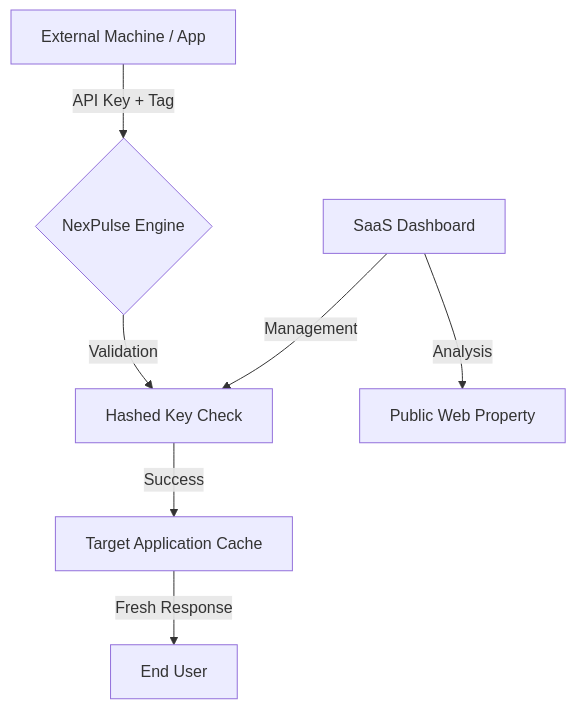
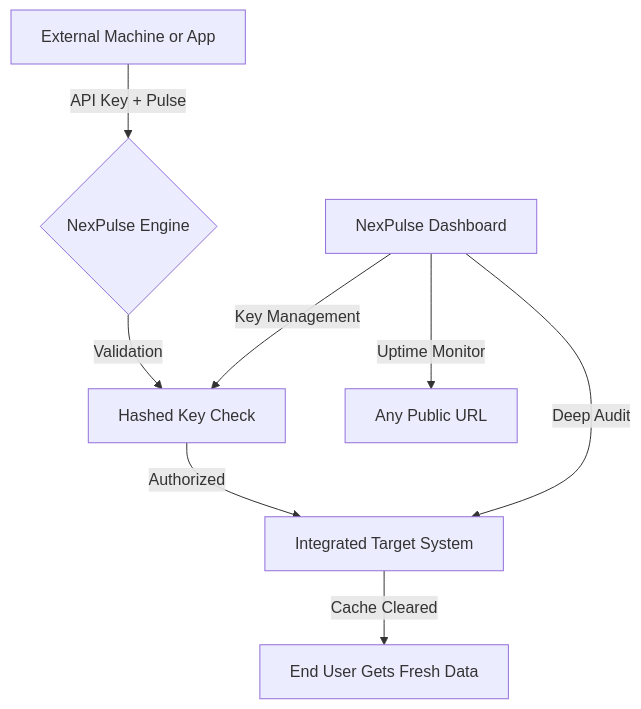
The diagram in MASTER_GUIDE.md (inkand-paper/Optimizer), drawn with Mermaid before and after one commit.

Commit message:
fix: repair mermaid diagram - use pipe-free arrow syntax to prevent table regex corruption

````diff
--- a/MASTER_GUIDE.md
+++ b/MASTER_GUIDE.md
@@ -16,10 +16,10 @@
 ```mermaid
 graph TD
-    A[External Machine / App] -->|API Key + Tag| B{NexPulse Engine}
-    B -->|Validation| C[Hashed Key Check]
-    C -->|Success| D[Target Application Cache]
-    D -->|Fresh Response| E[End User]
-    
-    F[SaaS Dashboard] -->|Management| C
-    F -->|Analysis| G[Public Web Property]
+    A["External Machine or App"] -- "API Key + Pulse" --> B{"NexPulse Engine"}
+    B -- "Validation" --> C["Hashed Key Check"]
+    C -- "Authorized" --> D["Integrated Target System"]
+    D -- "Cache Cleared" --> E["End User Gets Fresh Data"]
+    F["NexPulse Dashboard"] -- "Key Management" --> C
+    F -- "Uptime Monitor" --> G["Any Public URL"]
+    F -- "Deep Audit" --> D
 ```
````
